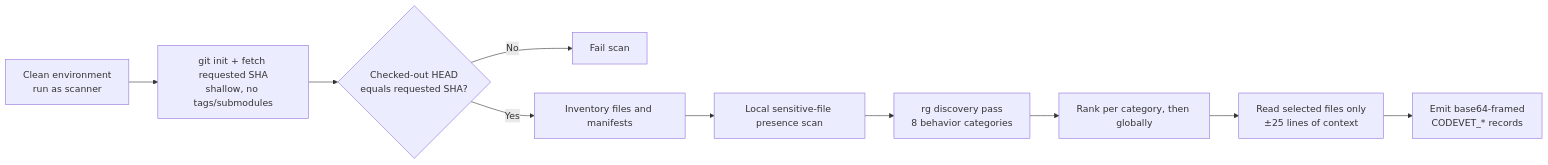
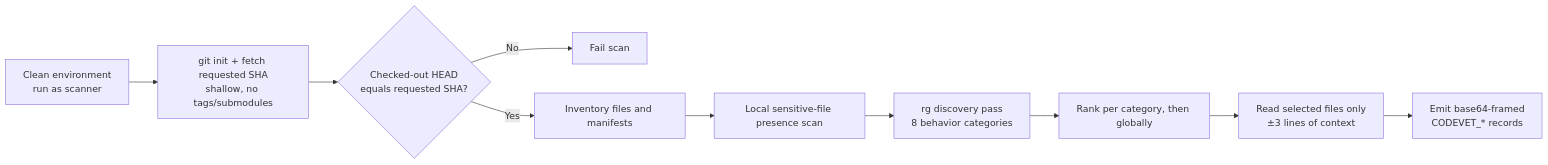
The second of 4 diagrams in flow.md (Tarun-Elango/codevet-worker), drawn with Mermaid before and after one commit. The commit also changed other lines of this file and 4 other files, not shown here.

````diff
--- a/flow.md
+++ b/flow.md
@@ -34,12 +34,12 @@
 ```mermaid
 flowchart LR
   I["Clean environment\nrun as scanner"] --> C["git init + fetch requested SHA\nshallow, no tags/submodules"]
   C --> Q{"Checked-out HEAD\nequals requested SHA?"}
   Q -- No --> F["Fail scan"]
   Q -- Yes --> INV["Inventory files and manifests"]
   INV --> SEC["Local sensitive-file presence scan"]
   SEC --> RG1["rg discovery pass\n8 behavior categories"]
   RG1 --> RANK["Rank per category, then globally"]
-  RANK --> CTX["Read selected files only\n±25 lines of context"]
+  RANK --> CTX["Read selected files only\n±3 lines of context"]
   CTX --> OUT["Emit base64-framed\nCODEVET_* records"]
 ```
````
